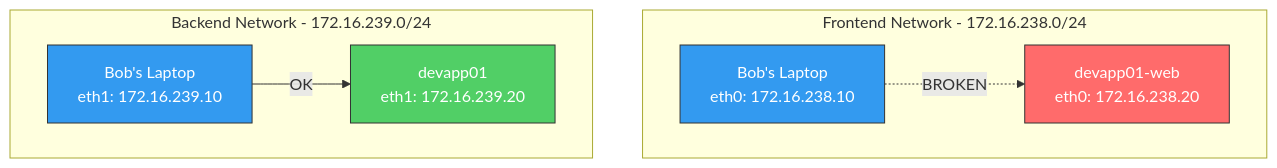
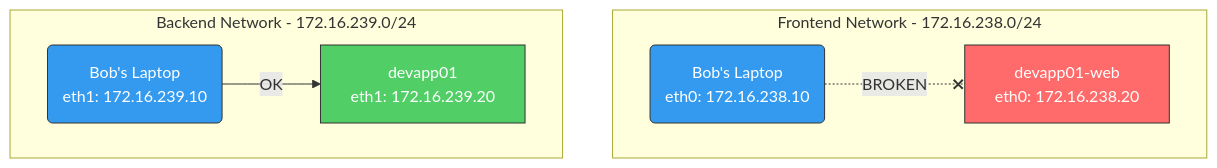
The diagram in 07-networking/README.md (gamaware/system-design-course), drawn with Mermaid before and after one commit. The commit also changed 7 other files, not shown here.

Commit message:
feat: enhance Mermaid diagrams with semantic shapes and styling

````diff
--- a/07-networking/README.md
+++ b/07-networking/README.md
@@ -31,24 +31,29 @@
 ```mermaid
 graph TB
     %% Frontend network (broken path)
-    subgraph frontend["Frontend Network - 172.16.238.0/24"]
-        BOB_FE["Bob's Laptop<br>eth0: 172.16.238.10"]
+    subgraph frontend ["Frontend Network - 172.16.238.0/24"]
+        direction LR
+        BOB_FE("Bob's Laptop<br>eth0: 172.16.238.10")
         SRV_FE["devapp01-web<br>eth0: 172.16.238.20"]
     end
 
     %% Backend network (working path)
-    subgraph backend["Backend Network - 172.16.239.0/24"]
-        BOB_BE["Bob's Laptop<br>eth1: 172.16.239.10"]
+    subgraph backend ["Backend Network - 172.16.239.0/24"]
+        direction LR
+        BOB_BE("Bob's Laptop<br>eth1: 172.16.239.10")
         SRV_BE["devapp01<br>eth1: 172.16.239.20"]
     end
 
     %% Connectivity status
-    BOB_FE -."BROKEN".-> SRV_FE
-    BOB_BE --"OK"--> SRV_BE
+    BOB_FE -.-x|"BROKEN"| SRV_FE
+    BOB_BE -->|"OK"| SRV_BE
 
-    %% Styling
-    style SRV_FE fill:#ff6b6b,stroke:#333,color:#fff
-    style SRV_BE fill:#51cf66,stroke:#333,color:#fff
-    style BOB_FE fill:#339af0,stroke:#333,color:#fff
-    style BOB_BE fill:#339af0,stroke:#333,color:#fff
+    %% Class definitions
+    classDef broken fill:#ff6b6b,stroke:#333,color:#fff
+    classDef healthy fill:#51cf66,stroke:#333,color:#fff
+    classDef client fill:#339af0,stroke:#333,color:#fff
+
+    class SRV_FE broken
+    class SRV_BE healthy
+    class BOB_FE,BOB_BE client
 ```
````
